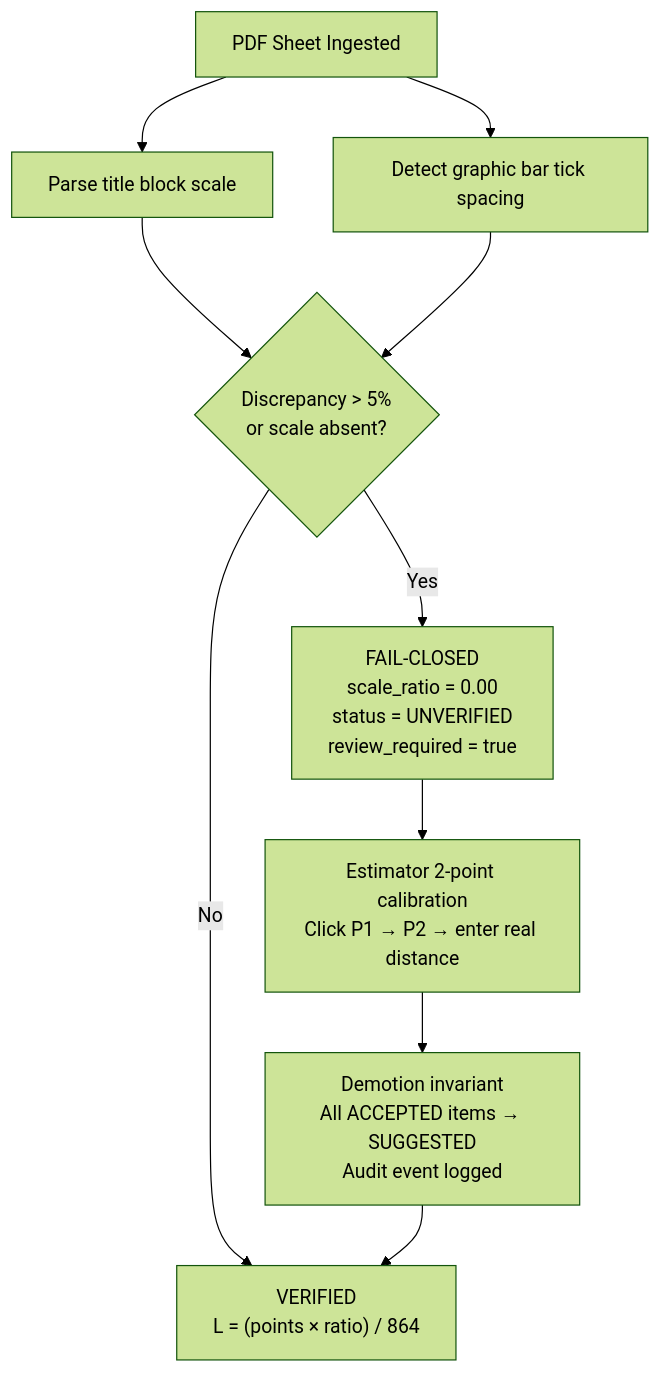
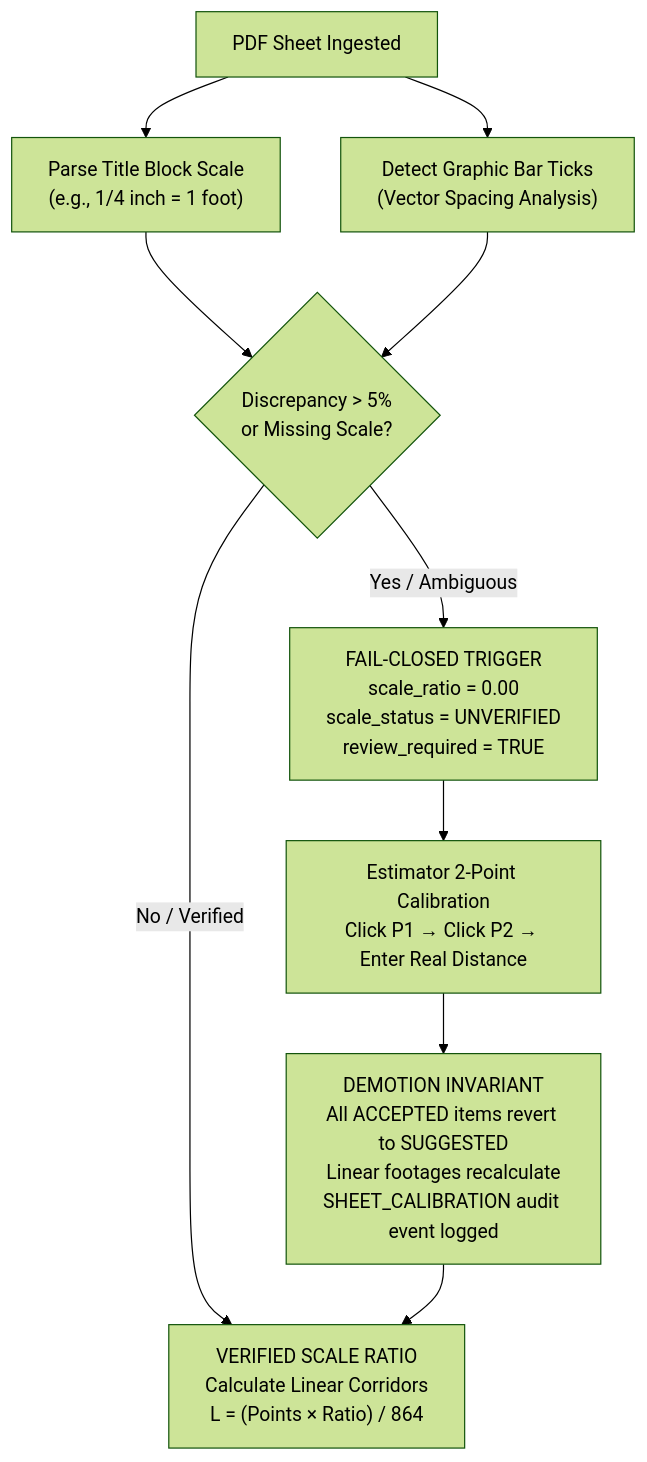
One commit to weslyjohn1307/BlueTrace changed the second of 2 diagrams in README.md. Above: the diagram before and after it, drawn with Mermaid (forest theme). The commit also changed other lines of this file and 1 other file, not shown here.

First line of the commit message:
docs: elevate README with 7-agent architecture and eliminate metric redundancy

````diff
--- a/README.md
+++ b/README.md
@@ -122,15 +134,15 @@
 ```mermaid
 flowchart TD
-    Ingest["PDF Sheet Ingested"] --> TB["Parse title block scale"]
-    Ingest --> GB["Detect graphic bar tick spacing"]
+    Ingest["PDF Sheet Ingested"] --> TB["Parse Title Block Scale<br/>(e.g., 1/4 inch = 1 foot)"]
+    Ingest --> GB["Detect Graphic Bar Ticks<br/>(Vector Spacing Analysis)"]
 
-    TB --> Check{"Discrepancy > 5%\nor scale absent?"}
+    TB --> Check{"Discrepancy > 5%<br/>or Missing Scale?"}
     GB --> Check
 
-    Check -- "Yes" --> Fail["FAIL-CLOSED\nscale_ratio = 0.00\nstatus = UNVERIFIED\nreview_required = true"]
-    Check -- "No" --> Pass["VERIFIED\nL = (points × ratio) / 864"]
+    Check -- "Yes / Ambiguous" --> FailClosed["FAIL-CLOSED TRIGGER<br/>scale_ratio = 0.00<br/>scale_status = UNVERIFIED<br/>review_required = TRUE"]
+    Check -- "No / Verified" --> Verified["VERIFIED SCALE RATIO<br/>Calculate Linear Corridors<br/>L = (Points × Ratio) / 864"]
 
-    Fail --> Cal["Estimator 2-point calibration\nClick P1 → P2 → enter real distance"]
-    Cal --> Demote["Demotion invariant\nAll ACCEPTED items → SUGGESTED\nAudit event logged"]
-    Demote --> Pass
+    FailClosed --> Calibrate["Estimator 2-Point Calibration<br/>Click P1 → Click P2 → Enter Real Distance"]
+    Calibrate --> Demote["DEMOTION INVARIANT<br/>All ACCEPTED items revert to SUGGESTED<br/>Linear footages recalculate<br/>SHEET_CALIBRATION audit event logged"]
+    Demote --> Verified
 ```
````
